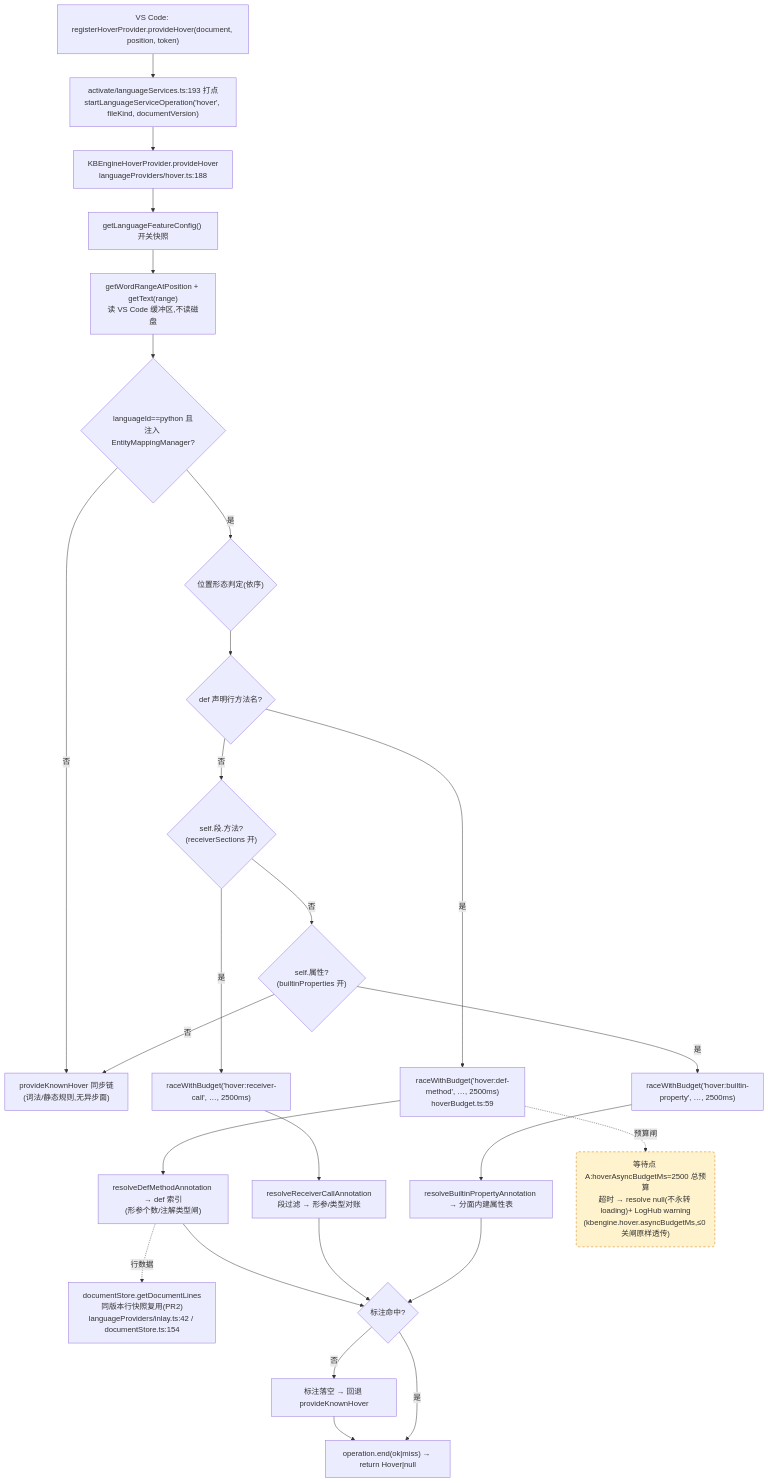
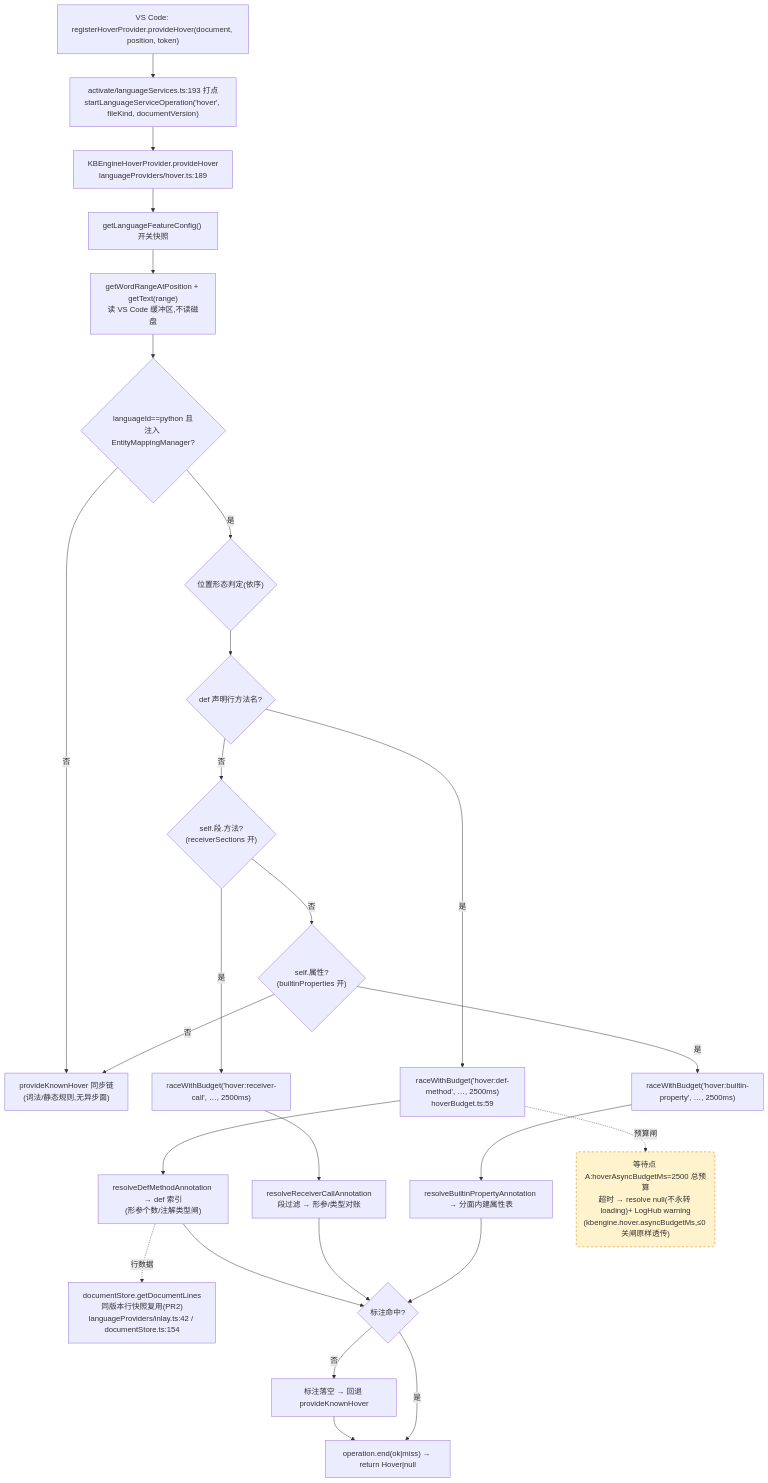
Before and after one commit to cuihairu/kode: the first of 4 diagrams in docs/perf/2026-baseline.md, drawn with Mermaid. The commit also changed 6 other files, not shown here.

````diff
--- a/docs/perf/2026-baseline.md
+++ b/docs/perf/2026-baseline.md
@@ -82,45 +82,45 @@
 ```mermaid
 flowchart TD
   VC1["VS Code: registerHoverProvider.provideHover(document, position, token)"]
   M1["activate/languageServices.ts:193 打点<br/>startLanguageServiceOperation('hover', fileKind, documentVersion)"]
-  HP["KBEngineHoverProvider.provideHover<br/>languageProviders/hover.ts:188"]
+  HP["KBEngineHoverProvider.provideHover<br/>languageProviders/hover.ts:189"]
   CFG["getLanguageFeatureConfig() 开关快照"]
   WORD["getWordRangeAtPosition + getText(range)<br/>读 VS Code 缓冲区,不读磁盘"]
   BR{"languageId==python 且<br/>注入 EntityMappingManager?"}
   KN["provideKnownHover 同步链<br/>(词法/静态规则,无异步面)"]
   POS{"位置形态判定(依序)"}
   D1{"def 声明行方法名?"}
   D2{"self.段.方法?<br/>(receiverSections 开)"}
   D3{"self.属性?<br/>(builtinProperties 开)"}
   RA1["raceWithBudget('hover:def-method', …, 2500ms)<br/>hoverBudget.ts:59"]
   RA2["raceWithBudget('hover:receiver-call', …, 2500ms)"]
   RA3["raceWithBudget('hover:builtin-property', …, 2500ms)"]
   RS1["resolveDefMethodAnnotation → def 索引<br/>(形参个数/注解类型闸)"]
   RS2["resolveReceiverCallAnnotation<br/>段过滤 → 形参/类型对账"]
   RS3["resolveBuiltinPropertyAnnotation → 分面内建属性表"]
   LINES["documentStore.getDocumentLines<br/>同版本行快照复用(PR2)<br/>languageProviders/inlay.ts:42 / documentStore.ts:154"]
   MISS["标注落空 → 回退 provideKnownHover"]
   END1["operation.end(ok|miss) → return Hover|null"]
 
   VC1 --> M1 --> HP --> CFG --> WORD --> BR
   BR -- "否" --> KN
   BR -- "是" --> POS --> D1
   D1 -- "是" --> RA1 --> RS1
   D1 -- "否" --> D2
   D2 -- "是" --> RA2 --> RS2
   D2 -- "否" --> D3
   D3 -- "是" --> RA3 --> RS3
   D3 -- "否" --> KN
   RS1 --> HIT{"标注命中?"}
   RS2 --> HIT
   RS3 --> HIT
   RS1 -.->|行数据| LINES
   HIT -- "否" --> MISS --> END1
   HIT -- "是" --> END1
 
   WAITA("等待点 A:hoverAsyncBudgetMs=2500 总预算<br/>超时 → resolve null(不永转 loading)+ LogHub warning<br/>(kbengine.hover.asyncBudgetMs,≤0 关闸原样透传)")
   RA1 -.->|预算闸| WAITA
 
   classDef waitPoint fill:#fff3cd,stroke:#d97706,stroke-dasharray:5 4;
   class WAITA waitPoint;
 ```
````
